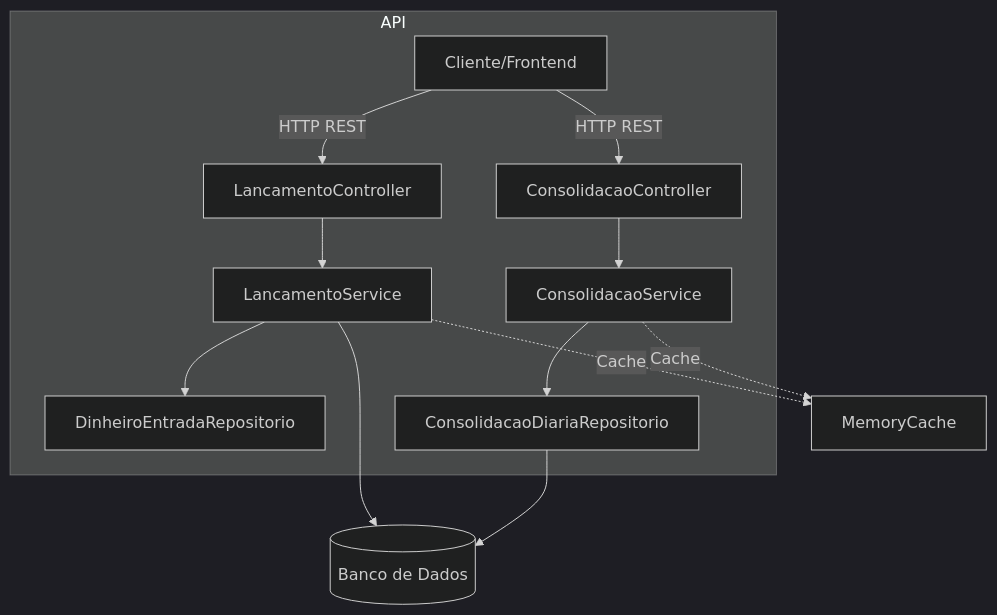
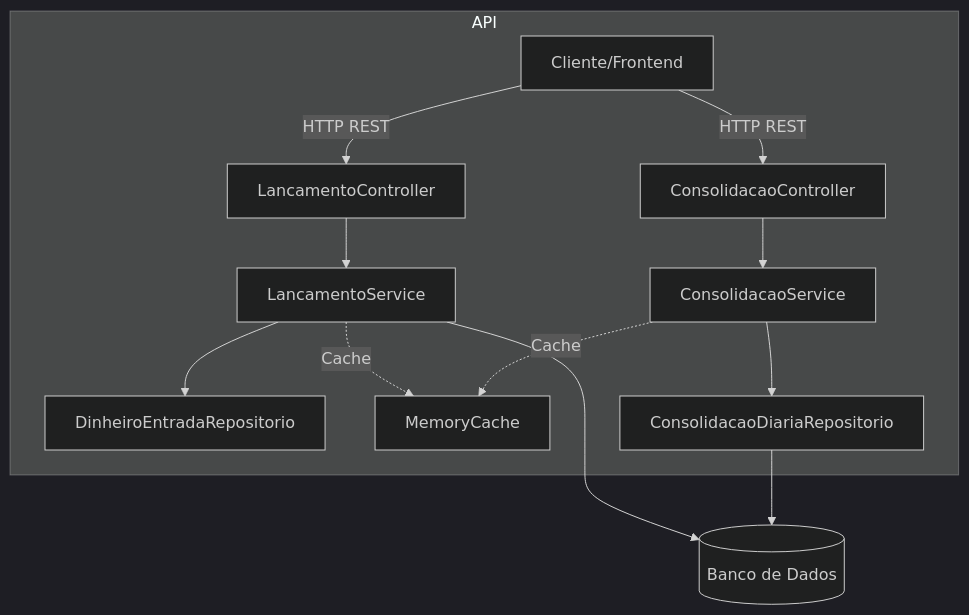
The first of 2 diagrams in README.md (tiowick/Fluxo_Caixa), drawn with Mermaid (dark theme) before and after one commit. The commit also changed other lines of this file, not shown here.

````diff
--- a/README.md
+++ b/README.md
@@ -22,15 +17,14 @@
 ```mermaid
-graph TD
+flowchart TD
     subgraph API
         A[Cliente/Frontend] -->|HTTP REST| B[LancamentoController]
         B --> C[LancamentoService]
         C --> D[DinheiroEntradaRepositorio]
+        C -.->|Cache| I[MemoryCache]
         A -->|HTTP REST| E[ConsolidacaoController]
         E --> F[ConsolidacaoService]
         F --> G[ConsolidacaoDiariaRepositorio]
+        F -.->|Cache| I[MemoryCache]
     end
-    C --> H[(Banco de Dados)]
-    G --> H
-    C -.->|Cache| I[MemoryCache]
-    F -.->|Cache| I
-``` 
+    C & G --> H[(Banco de Dados)]
+```
````
